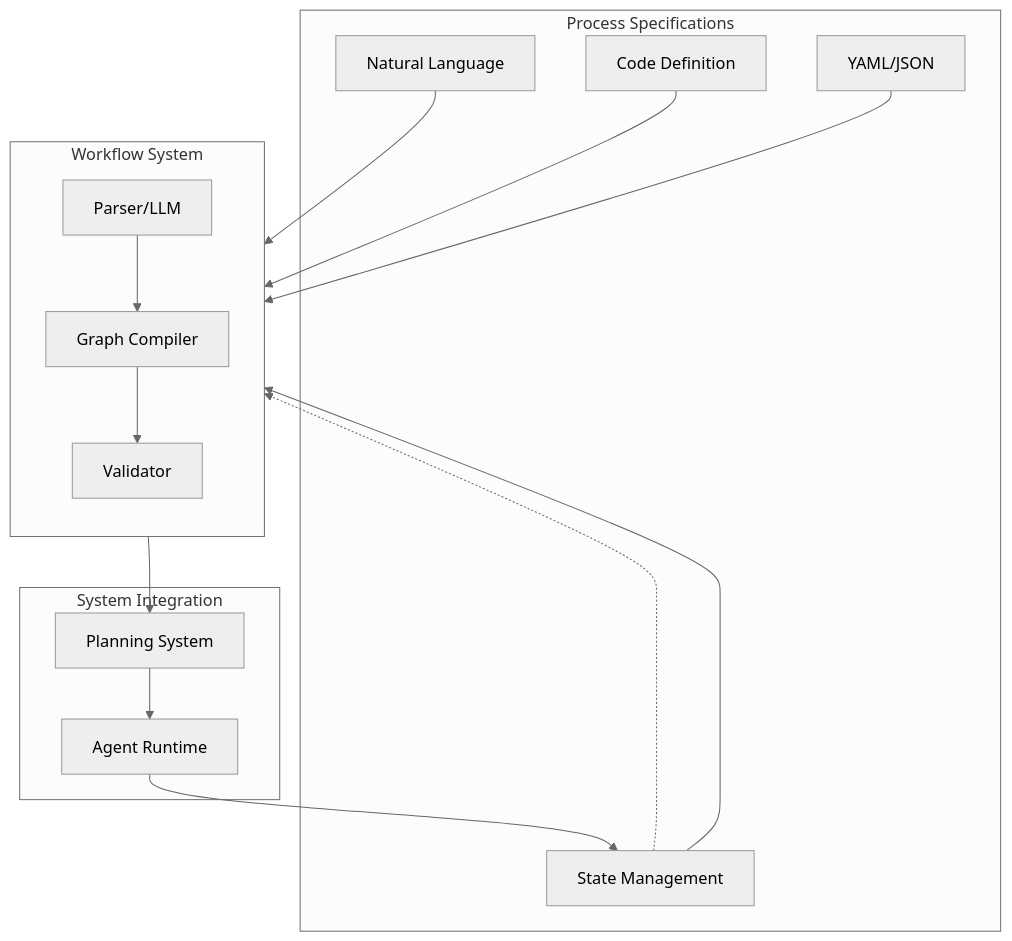
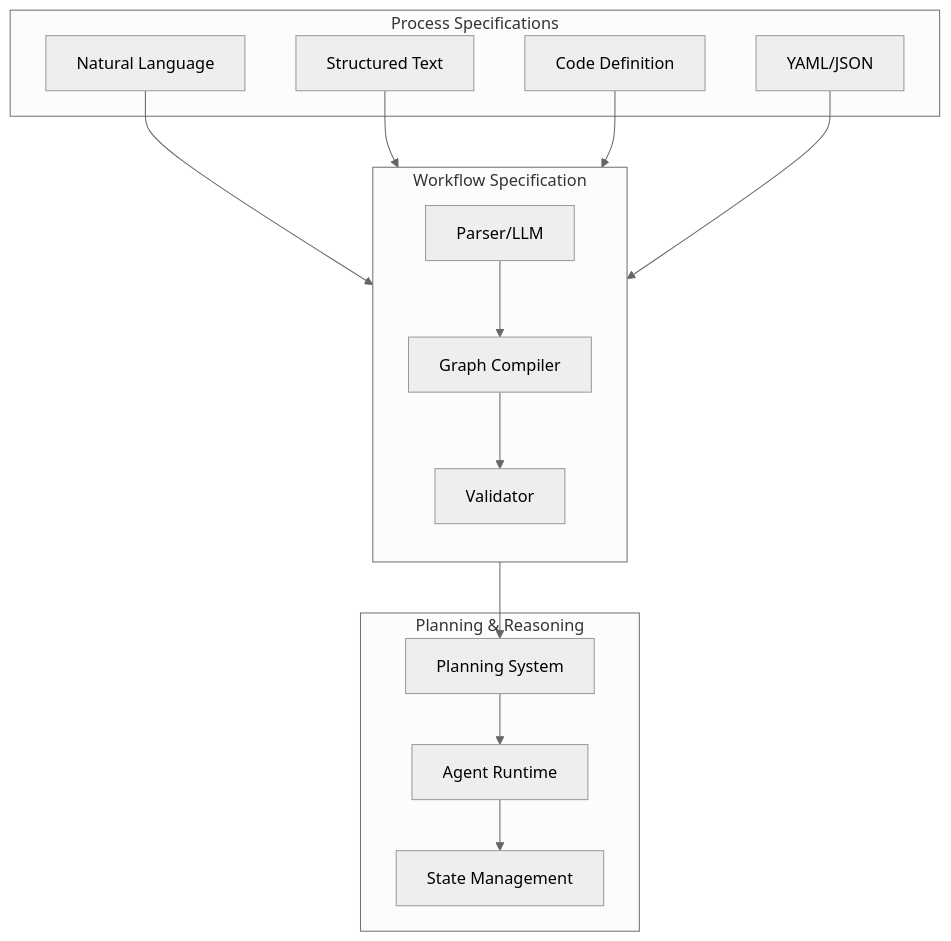
Before and after one commit to aitomatic/dana: the first of 2 diagrams in dxa/core/workflow/README.md, drawn with Mermaid (neutral theme). The commit also changed other lines of this file, not shown here.

````diff
--- a/dxa/core/workflow/README.md
+++ b/dxa/core/workflow/README.md
@@ -15,36 +15,35 @@
 ```mermaid
 graph TB
     subgraph Inputs ["Process Specifications"]
         NL[Natural Language]
-        ST[Structured Text]
+        STT[Structured Text]
         CD[Code Definition]
         YM[YAML/JSON]
     end
     
-    subgraph Workflow ["Workflow System"]
+    subgraph Workflow ["Workflow Specification"]
         direction TB
         P[Parser/LLM]
         G[Graph Compiler]
         V[Validator]
         
         P --> G
         G --> V
     end
     
-    subgraph Integration ["System Integration"]
+    subgraph Execution ["Planning & Reasoning"]
         PL[Planning System]
         AG[Agent Runtime]
         ST[State Management]
     end
     
     V --> PL
     PL --> AG
     AG --> ST
-    ST -.-> V
     
     %% Input connections
     NL --> P
-    ST --> P
+    STT --> P
     CD --> P
     YM --> P
 ```
````
